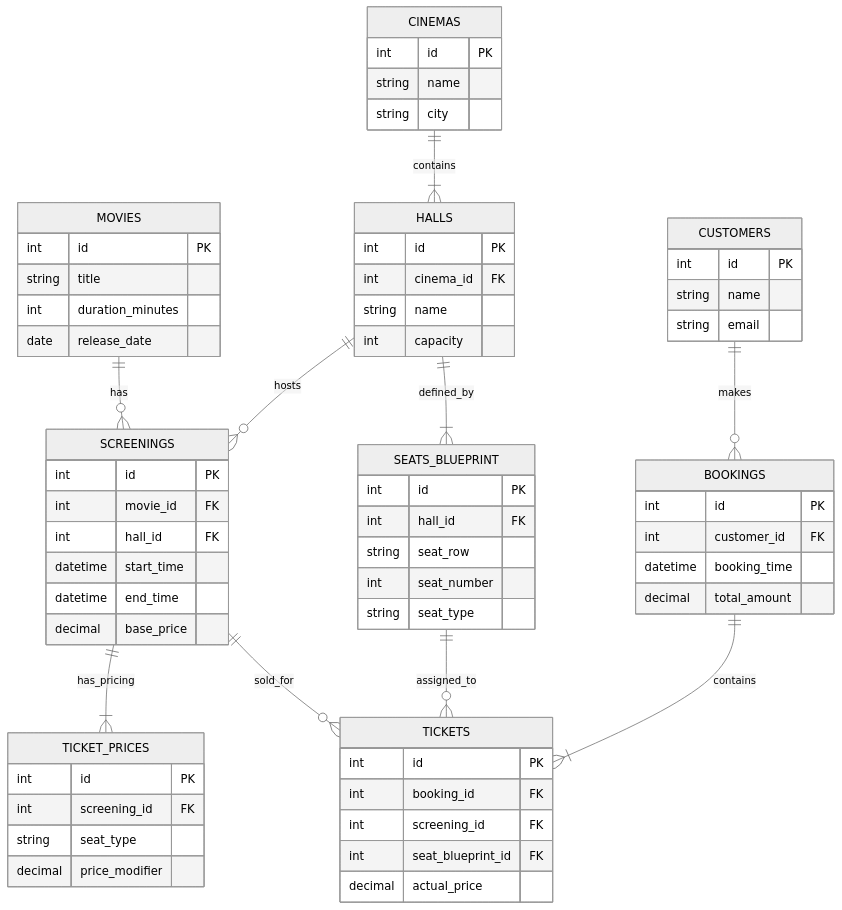
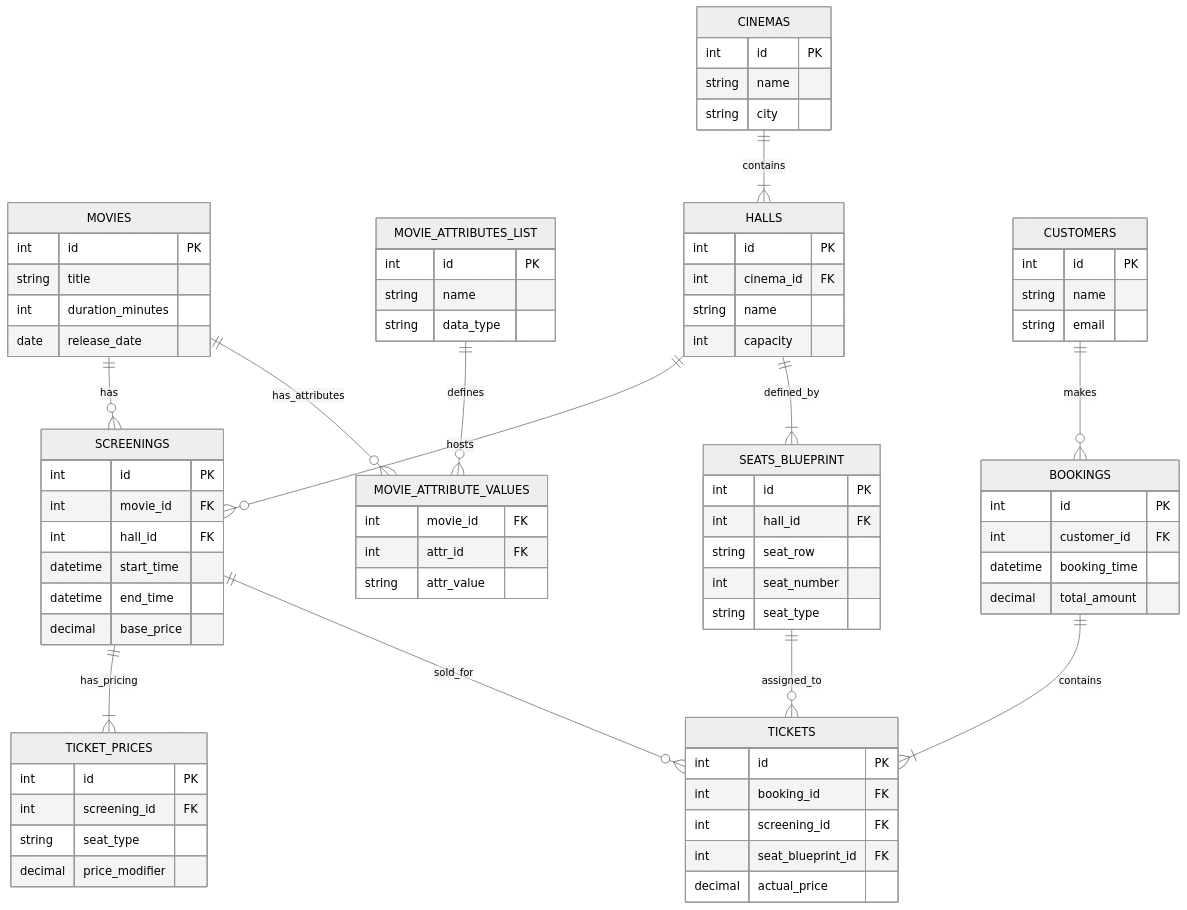
Before and after one commit to otusteamedu/PHP_2026: the diagram in README.md, drawn with Mermaid (neutral theme). The commit also changed other lines of this file and 7 other files, not shown here.

Commit message:
Final submission for HW8: EAV implementation and Mermaid schema

````diff
--- a/README.md
+++ b/README.md
@@ -35,5 +35,7 @@
 ```mermaid
 erDiagram
+    MOVIES ||--o{ MOVIE_ATTRIBUTE_VALUES : "has_attributes"
+    MOVIE_ATTRIBUTES_LIST ||--o{ MOVIE_ATTRIBUTE_VALUES : "defines"
     MOVIES ||--o{ SCREENINGS : "has"
     CINEMAS ||--|{ HALLS : "contains"
     HALLS ||--|{ SEATS_BLUEPRINT : "defined_by"
@@ -108,4 +110,16 @@
         int seat_blueprint_id FK
         decimal actual_price
     }
+
+    MOVIE_ATTRIBUTES_LIST {
+        int id PK
+        string name
+        string data_type
+    }
+
+    MOVIE_ATTRIBUTE_VALUES {
+        int movie_id FK
+        int attr_id FK
+        string attr_value
+    }
 ```
````
